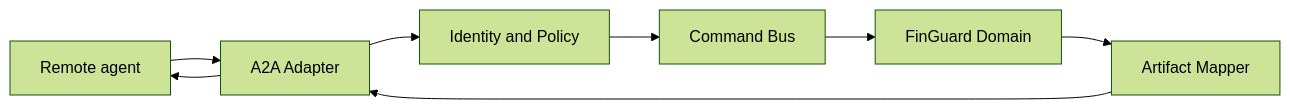
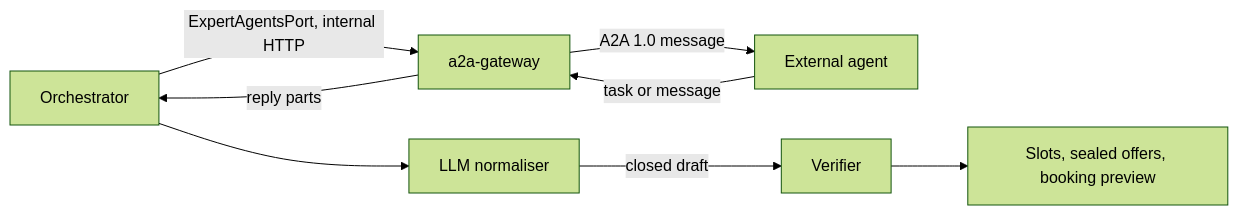
One commit to adrianoggm/FinGuard changed the second of 4 diagrams in docs/vision.md. Above: the diagram before and after it, drawn with Mermaid (forest theme). The commit also changed other lines of this file and 5 other files, not shown here.

Commit message:
docs: the vision, the monorepo and the capabilities describe FinGuard as an A2A client

````diff
--- a/docs/vision.md
+++ b/docs/vision.md
@@ -400,17 +401,17 @@
 ```mermaid
 flowchart LR
-    REMOTE[Remote agent]
-    A2A[A2A Adapter]
-    AUTH[Identity and Policy]
-    BUS[Command Bus]
-    DOMAIN[FinGuard Domain]
-    ARTIFACT[Artifact Mapper]
+    ORCH[Orchestrator]
+    GW[a2a-gateway]
+    REMOTE[External agent]
+    NORM[LLM normaliser]
+    VERIFY[Verifier]
+    OUT[Slots, sealed offers, booking preview]
 
-    REMOTE --> A2A
-    A2A --> AUTH
-    AUTH --> BUS
-    BUS --> DOMAIN
-    DOMAIN --> ARTIFACT
-    ARTIFACT --> A2A
-    A2A --> REMOTE
+    ORCH -->|ExpertAgentsPort, internal HTTP| GW
+    GW -->|A2A 1.0 message| REMOTE
+    REMOTE -->|task or message| GW
+    GW -->|reply parts| ORCH
+    ORCH --> NORM
+    NORM -->|closed draft| VERIFY
+    VERIFY --> OUT
 ```
````
